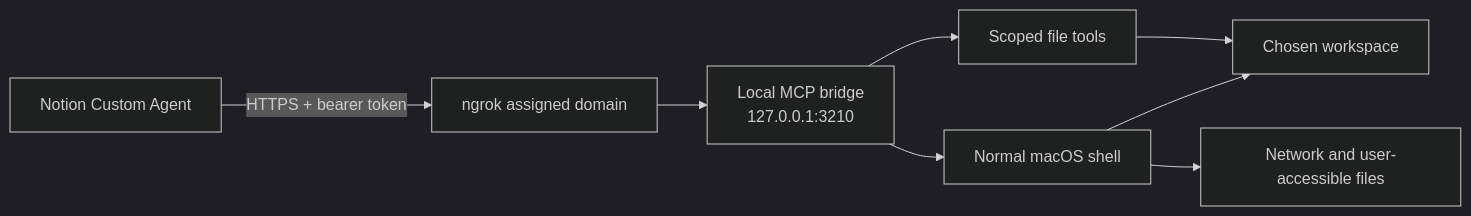
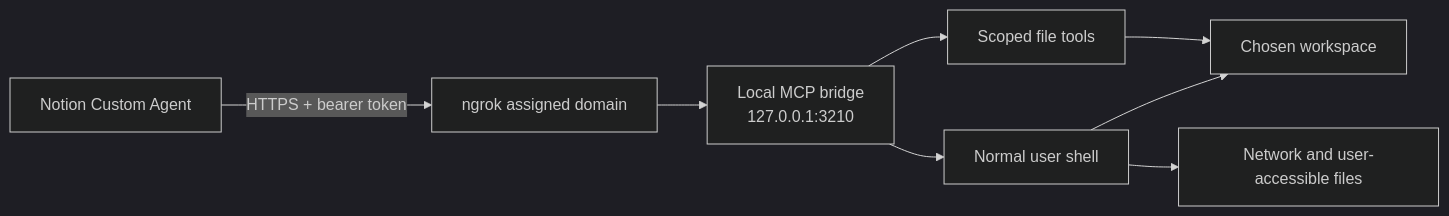
One commit to soumosa/notion-cowork-bridge changed the diagram in README.md. Above: the diagram before and after it, drawn with Mermaid (dark theme).

Commit message:
Stop calling the shell macOS-only in the architecture diagram

````diff
--- a/README.md
+++ b/README.md
@@ -38,10 +38,10 @@
 ```mermaid
 flowchart LR
     A["Notion Custom Agent"] -->|"HTTPS + bearer token"| B["ngrok assigned domain"]
     B --> C["Local MCP bridge<br/>127.0.0.1:3210"]
     C --> D["Scoped file tools"]
-    C --> E["Normal macOS shell"]
+    C --> E["Normal user shell"]
     D --> F["Chosen workspace"]
     E --> F
     E --> G["Network and user-accessible files"]
 ```
````
